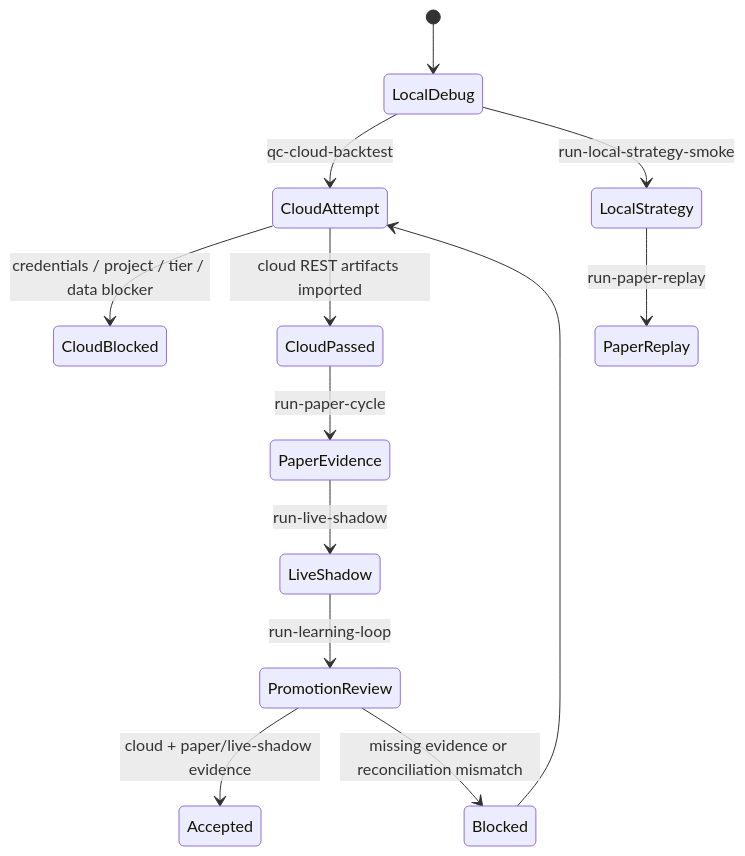
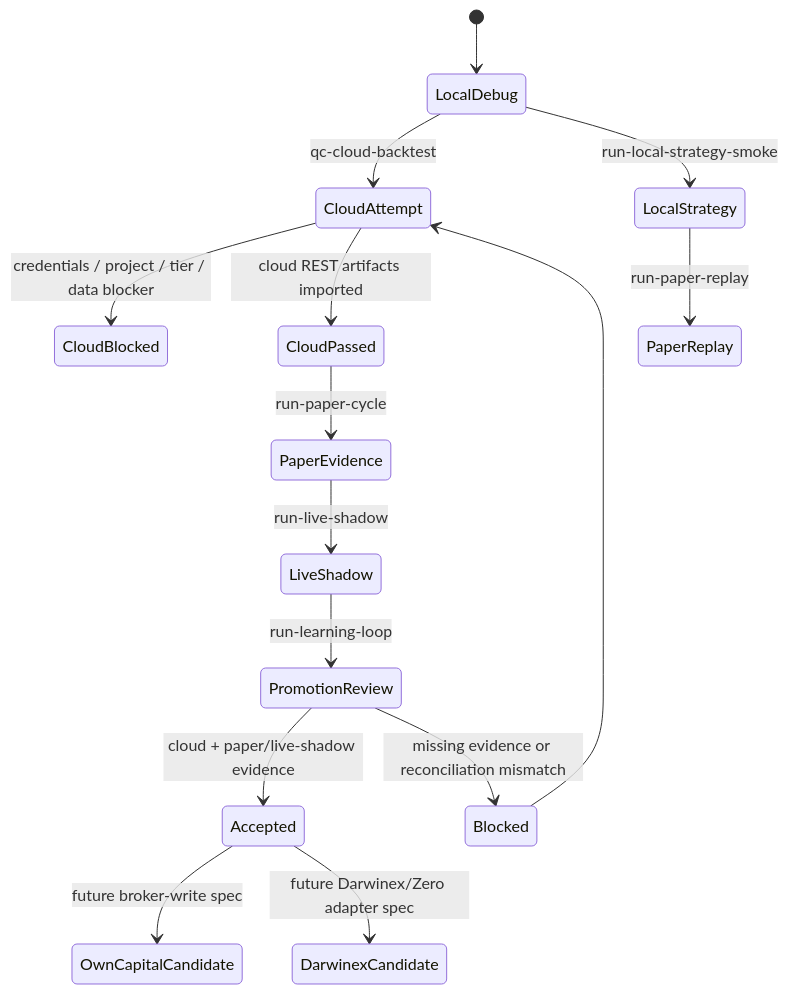
The second of 13 diagrams in README.md (gigio1023/lincei-quant-research-engine), drawn with Mermaid before and after one commit. The commit also changed other lines of this file and 14 other files, not shown here.

````diff
--- a/README.md
+++ b/README.md
@@ -44,15 +61,17 @@
 ```mermaid
 stateDiagram-v2
     [*] --> LocalDebug
     LocalDebug --> CloudAttempt: qc-cloud-backtest
     CloudAttempt --> CloudBlocked: credentials / project / tier / data blocker
     CloudAttempt --> CloudPassed: cloud REST artifacts imported
     CloudPassed --> PaperEvidence: run-paper-cycle
     LocalDebug --> LocalStrategy: run-local-strategy-smoke
     LocalStrategy --> PaperReplay: run-paper-replay
     PaperEvidence --> LiveShadow: run-live-shadow
     LiveShadow --> PromotionReview: run-learning-loop
     PromotionReview --> Accepted: cloud + paper/live-shadow evidence
     PromotionReview --> Blocked: missing evidence or reconciliation mismatch
     Blocked --> CloudAttempt
+    Accepted --> OwnCapitalCandidate: future broker-write spec
+    Accepted --> DarwinexCandidate: future Darwinex/Zero adapter spec
 ```
````
